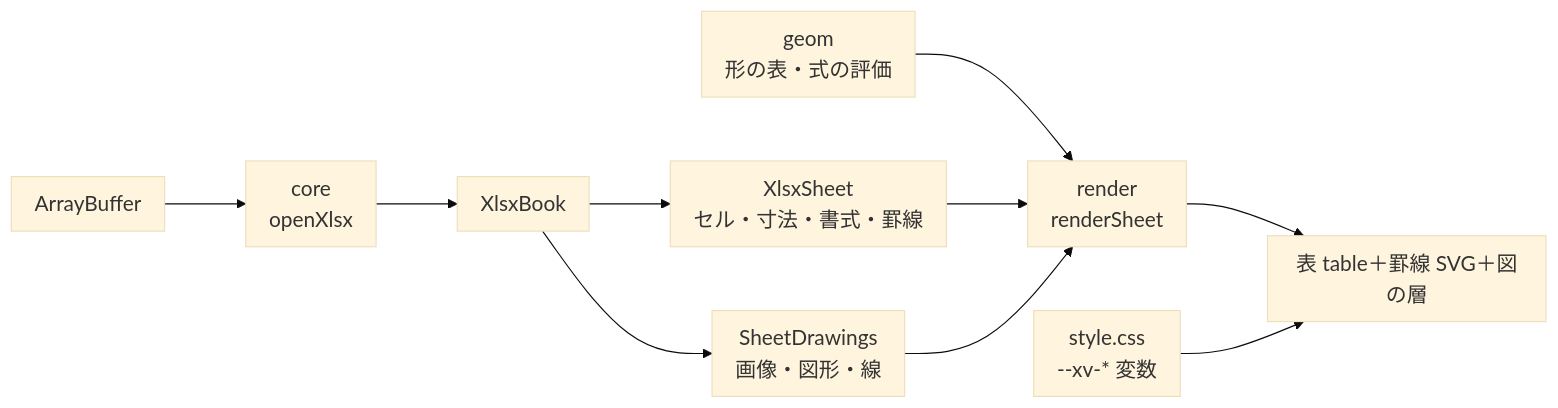
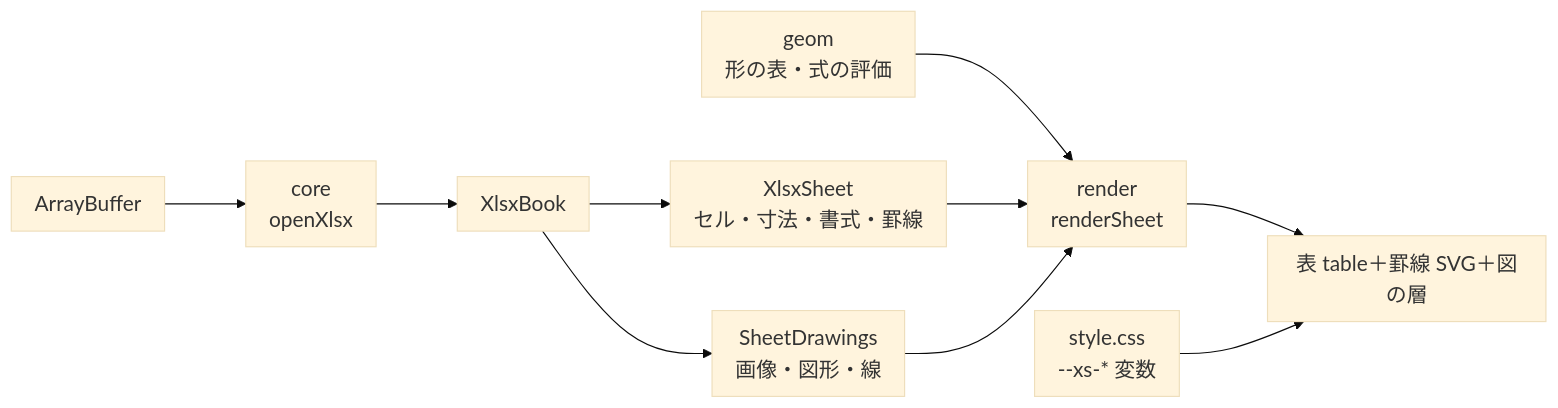
One commit to TaekangKwon/XSheet changed the diagram in docs/02_architecture.md. Above: the diagram before and after it, drawn with Mermaid. The commit also changed other lines of this file and 32 other files, not shown here.

````diff
--- a/docs/02_architecture.md
+++ b/docs/02_architecture.md
@@ -18,13 +18,13 @@
 ```mermaid
 %%{init: {'theme':'base','themeVariables':{'fontSize':'18px'},'flowchart':{'useMaxWidth':false,'nodeSpacing':55,'rankSpacing':70,'padding':10}}}%%
 flowchart LR
   F[ArrayBuffer] --> C[core<br/>openXlsx]
   C --> B[XlsxBook]
   B --> S[XlsxSheet<br/>セル・寸法・書式・罫線]
   B --> D[SheetDrawings<br/>画像・図形・線]
   G[geom<br/>形の表・式の評価] --> R
   S --> R[render<br/>renderSheet]
   D --> R
   R --> V[表 table＋罫線 SVG＋図の層]
-  CSS[style.css<br/>--xv-* 変数] --> V
+  CSS[style.css<br/>--xs-* 変数] --> V
 ```
````
